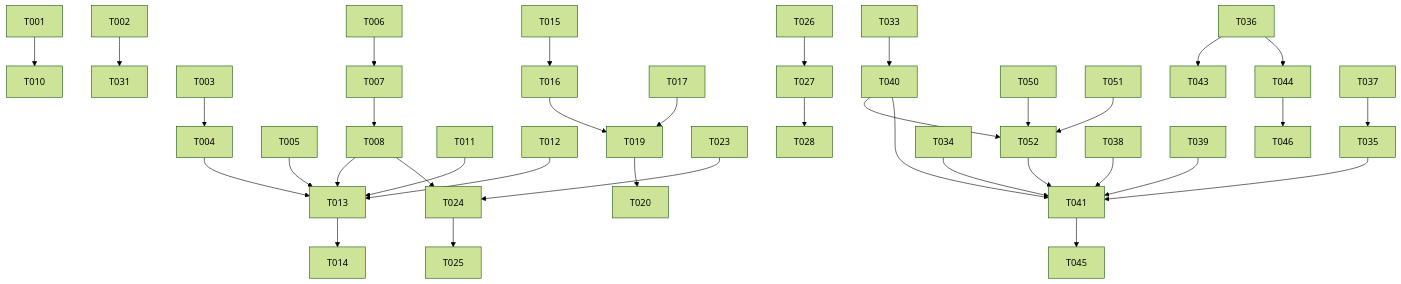
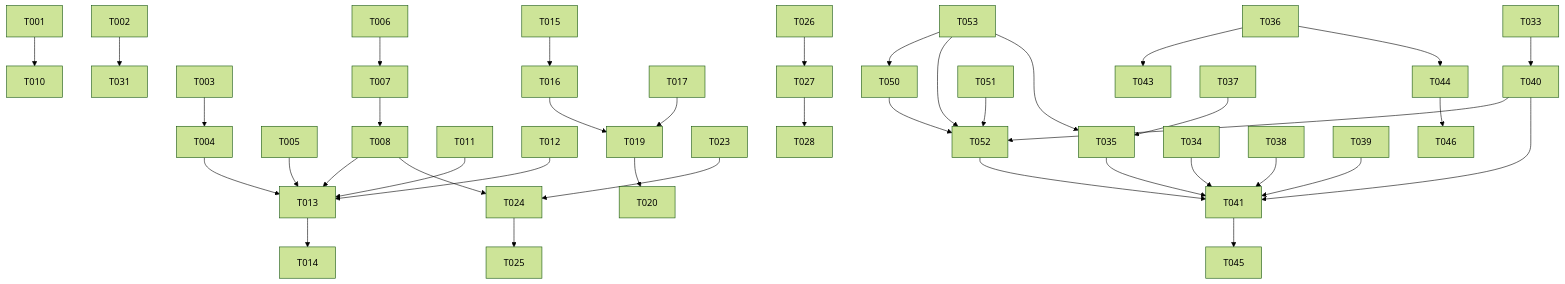
One commit to Arid3n/recursos-humanos-IW changed the diagram in specs/spec-005/tasks.md. Above: the diagram before and after it, drawn with Mermaid (forest theme). The commit also changed other lines of this file and 3 other files, not shown here.

````diff
--- a/specs/spec-005/tasks.md
+++ b/specs/spec-005/tasks.md
@@ -180,31 +182,34 @@
 ```mermaid
 graph TD
     T001 --> T010
     T002 --> T031
     T003 --> T004
     T004 --> T013
     T005 --> T013
     T006 --> T007 --> T008 --> T013
     T008 --> T024
     T011 --> T013
     T012 --> T013 --> T014
     T015 --> T016 --> T019
     T017 --> T019 --> T020
     T023 --> T024 --> T025
     T026 --> T027 --> T028
     T033 --> T040
+    T053 --> T050
+    T053 --> T052
+    T053 --> T035
     T050 --> T052
     T051 --> T052
     T040 --> T052
     T052 --> T041
     T034 --> T041
     T035 --> T041
     T036 --> T043
     T036 --> T044
     T037 --> T035
     T038 --> T041
     T039 --> T041
     T040 --> T041
     T041 --> T045
     T044 --> T046
 ```
````
